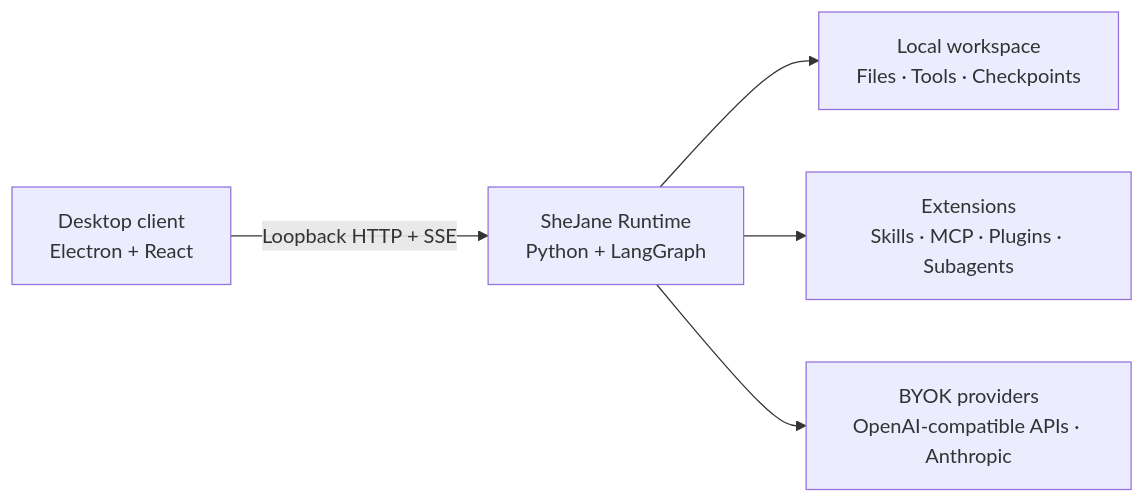
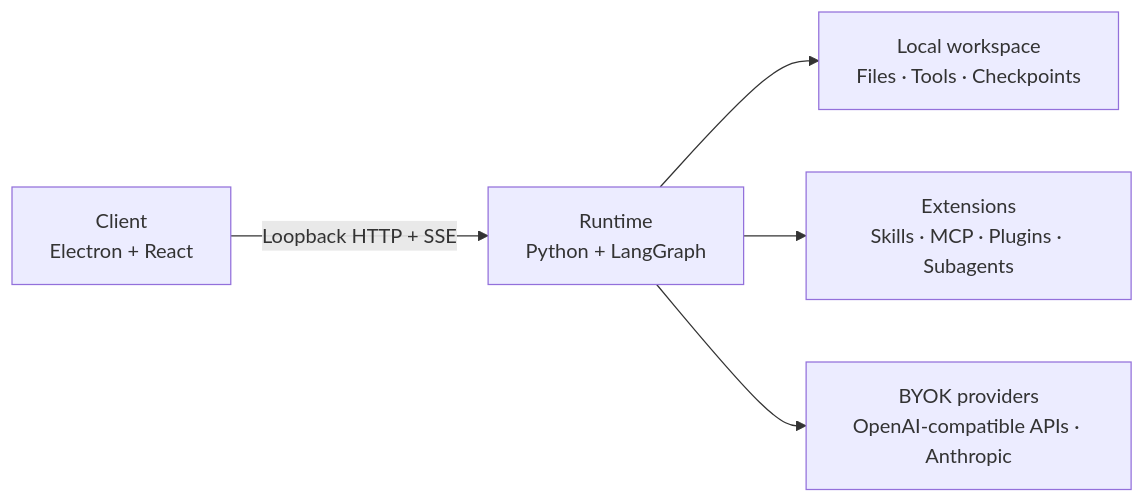
The diagram in README.md (jimmyrogue/SheJane), drawn with Mermaid before and after one commit. The commit also changed other lines of this file and 843 other files, not shown here.

Commit message:
refactor: clarify client and runtime modules

````diff
--- a/README.md
+++ b/README.md
@@ -25,7 +25,7 @@
 ```mermaid
 flowchart LR
-    D["Desktop client<br/>Electron + React"] -->|"Loopback HTTP + SSE"| R["SheJane Runtime<br/>Python + LangGraph"]
+    C["Client<br/>Electron + React"] -->|"Loopback HTTP + SSE"| R["Runtime<br/>Python + LangGraph"]
     R --> W["Local workspace<br/>Files · Tools · Checkpoints"]
     R --> E["Extensions<br/>Skills · MCP · Plugins · Subagents"]
     R --> B["BYOK providers<br/>OpenAI-compatible APIs · Anthropic"]
 ```
````
